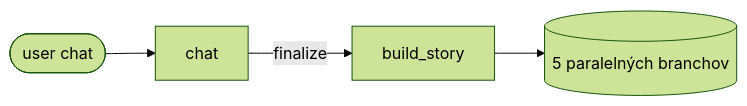
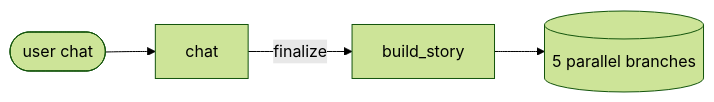
One commit to oravecmato/illustration-app changed the first of 4 diagrams in AGENT_FLOW.md. Above: the diagram before and after it, drawn with Mermaid (forest theme). The commit also changed other lines of this file and 1 other file, not shown here.

````diff
--- a/AGENT_FLOW.md
+++ b/AGENT_FLOW.md
@@ -10,6 +10,6 @@
 ```mermaid
 flowchart LR
     user([user chat]) --> chat
     chat -->|finalize| build_story
-    build_story --> illustrations[(5 paralelných branchov)]
+    build_story --> illustrations[(5 parallel branches)]
 ```
````
